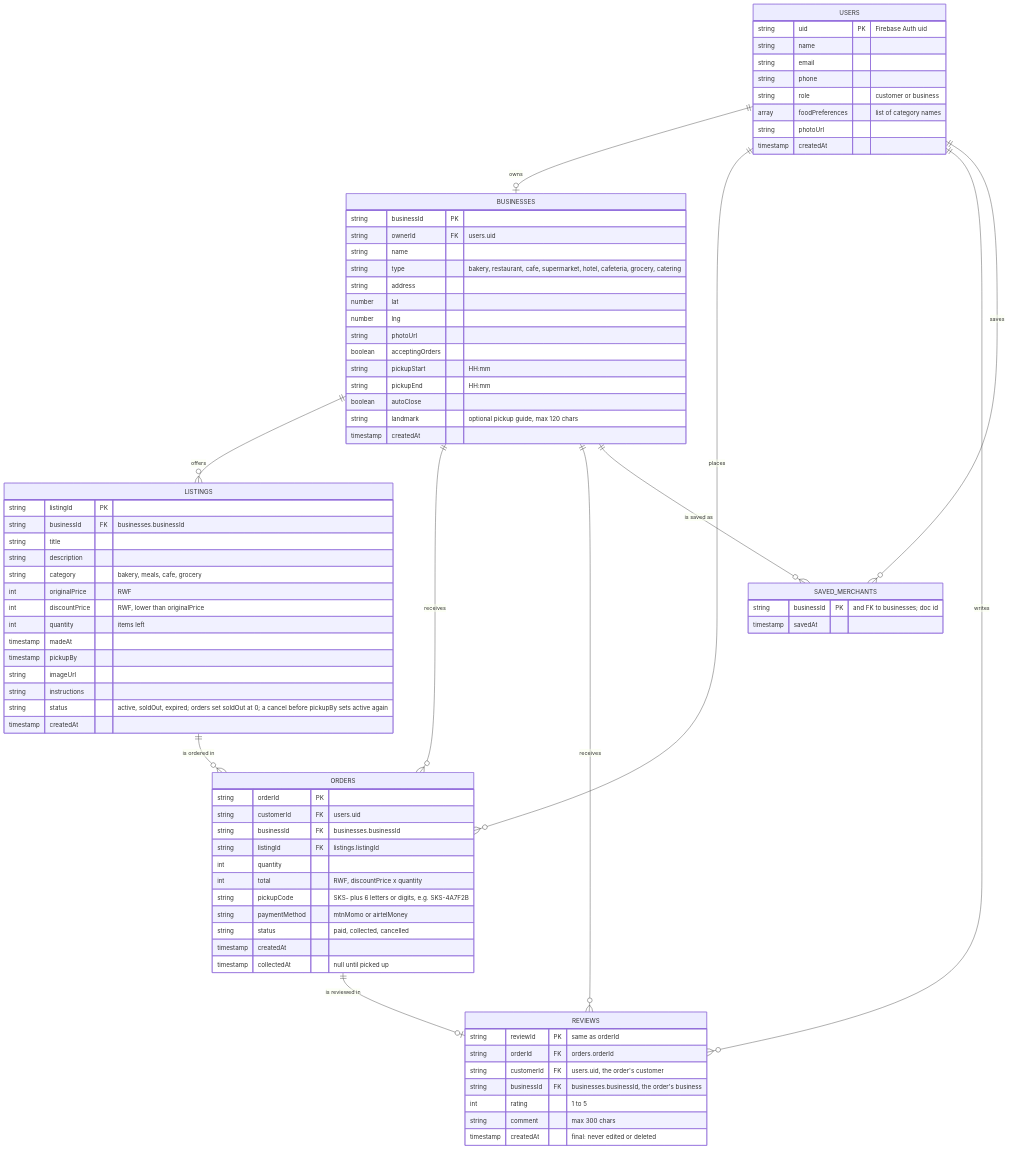
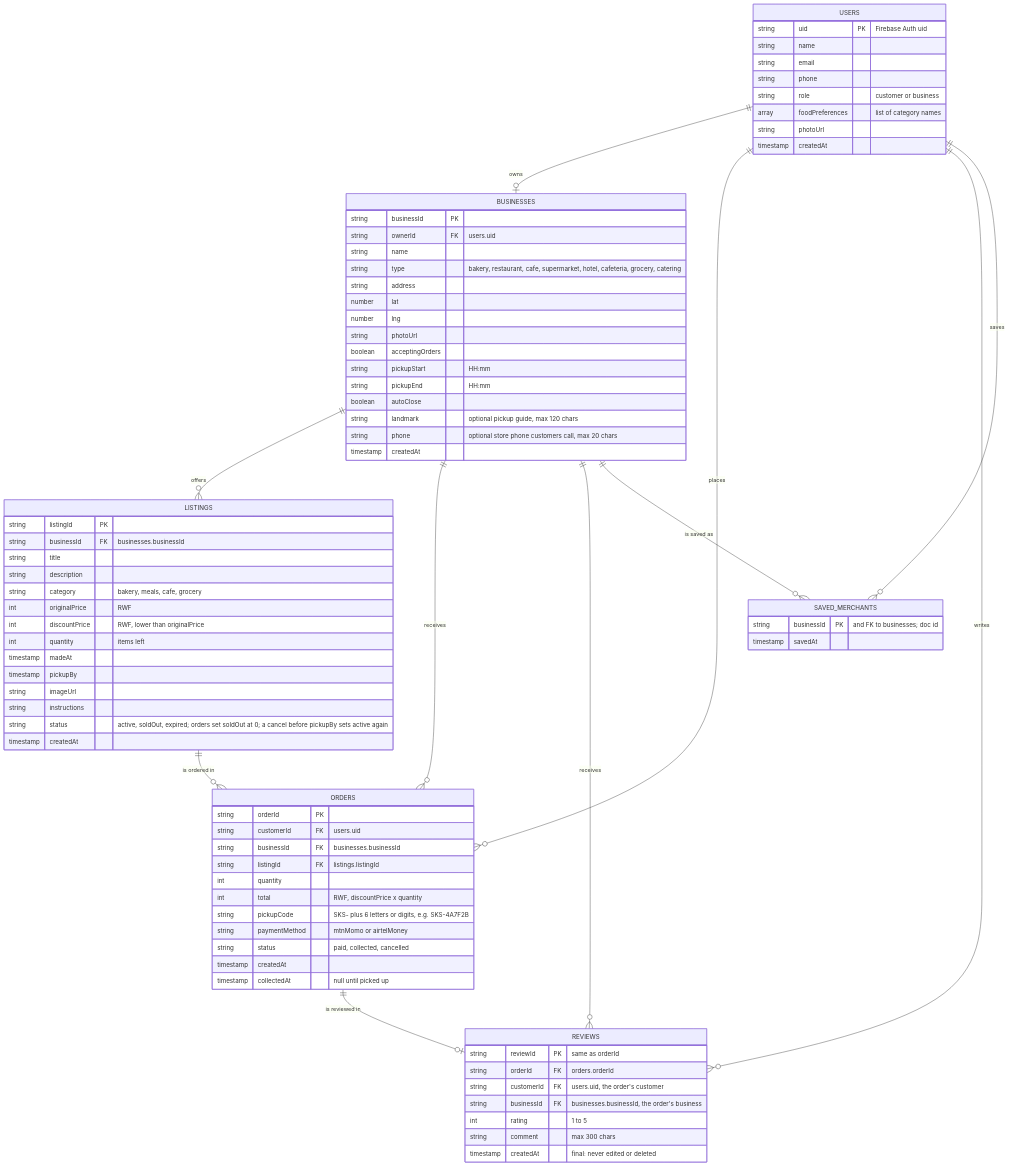
The diagram in docs/database/erd.md (Melyssa-Ingabe/sokosafi), drawn with Mermaid before and after one commit. The commit also changed 11 other files, not shown here.

First line of the commit message:
feat(business-settings): let a shop save a store phone

```diff
--- a/docs/database/erd.md
+++ b/docs/database/erd.md
@@ -42,6 +42,7 @@
         string pickupEnd "HH:mm"
         boolean autoClose
         string landmark "optional pickup guide, max 120 chars"
+        string phone "optional store phone customers call, max 20 chars"
         timestamp createdAt
     }
 
```
